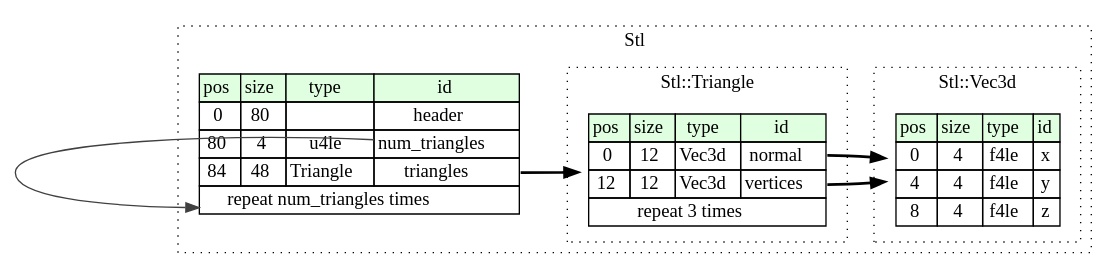
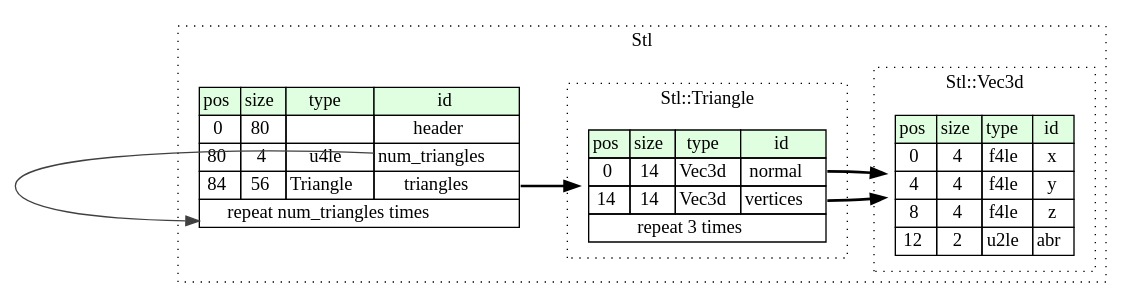
Before and after one commit to kaitai-io/formats-kaitai-io.github.io: the diagram in stl/src/graphviz/stl.dot, drawn with Graphviz. The commit also changed 30 other files, not shown here.

```diff
--- a/stl/src/graphviz/stl.dot
+++ b/stl/src/graphviz/stl.dot
@@ -1,42 +1,43 @@
 digraph {
 	rankdir=LR;
 	node [shape=plaintext];
 	subgraph cluster__stl {
 		label="Stl";
 		graph[style=dotted];
 
 		stl__seq [label=<<TABLE BORDER="0" CELLBORDER="1" CELLSPACING="0">
 			<TR><TD BGCOLOR="#E0FFE0">pos</TD><TD BGCOLOR="#E0FFE0">size</TD><TD BGCOLOR="#E0FFE0">type</TD><TD BGCOLOR="#E0FFE0">id</TD></TR>
 			<TR><TD PORT="header_pos">0</TD><TD PORT="header_size">80</TD><TD></TD><TD PORT="header_type">header</TD></TR>
 			<TR><TD PORT="num_triangles_pos">80</TD><TD PORT="num_triangles_size">4</TD><TD>u4le</TD><TD PORT="num_triangles_type">num_triangles</TD></TR>
-			<TR><TD PORT="triangles_pos">84</TD><TD PORT="triangles_size">48</TD><TD>Triangle</TD><TD PORT="triangles_type">triangles</TD></TR>
+			<TR><TD PORT="triangles_pos">84</TD><TD PORT="triangles_size">56</TD><TD>Triangle</TD><TD PORT="triangles_type">triangles</TD></TR>
 			<TR><TD COLSPAN="4" PORT="triangles__repeat">repeat num_triangles times</TD></TR>
 		</TABLE>>];
 		subgraph cluster__triangle {
 			label="Stl::Triangle";
 			graph[style=dotted];
 
 			triangle__seq [label=<<TABLE BORDER="0" CELLBORDER="1" CELLSPACING="0">
 				<TR><TD BGCOLOR="#E0FFE0">pos</TD><TD BGCOLOR="#E0FFE0">size</TD><TD BGCOLOR="#E0FFE0">type</TD><TD BGCOLOR="#E0FFE0">id</TD></TR>
-				<TR><TD PORT="normal_pos">0</TD><TD PORT="normal_size">12</TD><TD>Vec3d</TD><TD PORT="normal_type">normal</TD></TR>
-				<TR><TD PORT="vertices_pos">12</TD><TD PORT="vertices_size">12</TD><TD>Vec3d</TD><TD PORT="vertices_type">vertices</TD></TR>
+				<TR><TD PORT="normal_pos">0</TD><TD PORT="normal_size">14</TD><TD>Vec3d</TD><TD PORT="normal_type">normal</TD></TR>
+				<TR><TD PORT="vertices_pos">14</TD><TD PORT="vertices_size">14</TD><TD>Vec3d</TD><TD PORT="vertices_type">vertices</TD></TR>
 				<TR><TD COLSPAN="4" PORT="vertices__repeat">repeat 3 times</TD></TR>
 			</TABLE>>];
 		}
 		subgraph cluster__vec3d {
 			label="Stl::Vec3d";
 			graph[style=dotted];
 
 			vec3d__seq [label=<<TABLE BORDER="0" CELLBORDER="1" CELLSPACING="0">
 				<TR><TD BGCOLOR="#E0FFE0">pos</TD><TD BGCOLOR="#E0FFE0">size</TD><TD BGCOLOR="#E0FFE0">type</TD><TD BGCOLOR="#E0FFE0">id</TD></TR>
 				<TR><TD PORT="x_pos">0</TD><TD PORT="x_size">4</TD><TD>f4le</TD><TD PORT="x_type">x</TD></TR>
 				<TR><TD PORT="y_pos">4</TD><TD PORT="y_size">4</TD><TD>f4le</TD><TD PORT="y_type">y</TD></TR>
 				<TR><TD PORT="z_pos">8</TD><TD PORT="z_size">4</TD><TD>f4le</TD><TD PORT="z_type">z</TD></TR>
+				<TR><TD PORT="abr_pos">12</TD><TD PORT="abr_size">2</TD><TD>u2le</TD><TD PORT="abr_type">abr</TD></TR>
 			</TABLE>>];
 		}
 	}
 	stl__seq:triangles_type -> triangle__seq [style=bold];
 	stl__seq:num_triangles_type -> stl__seq:triangles__repeat [color="#404040"];
 	triangle__seq:normal_type -> vec3d__seq [style=bold];
 	triangle__seq:vertices_type -> vec3d__seq [style=bold];
 }
```
